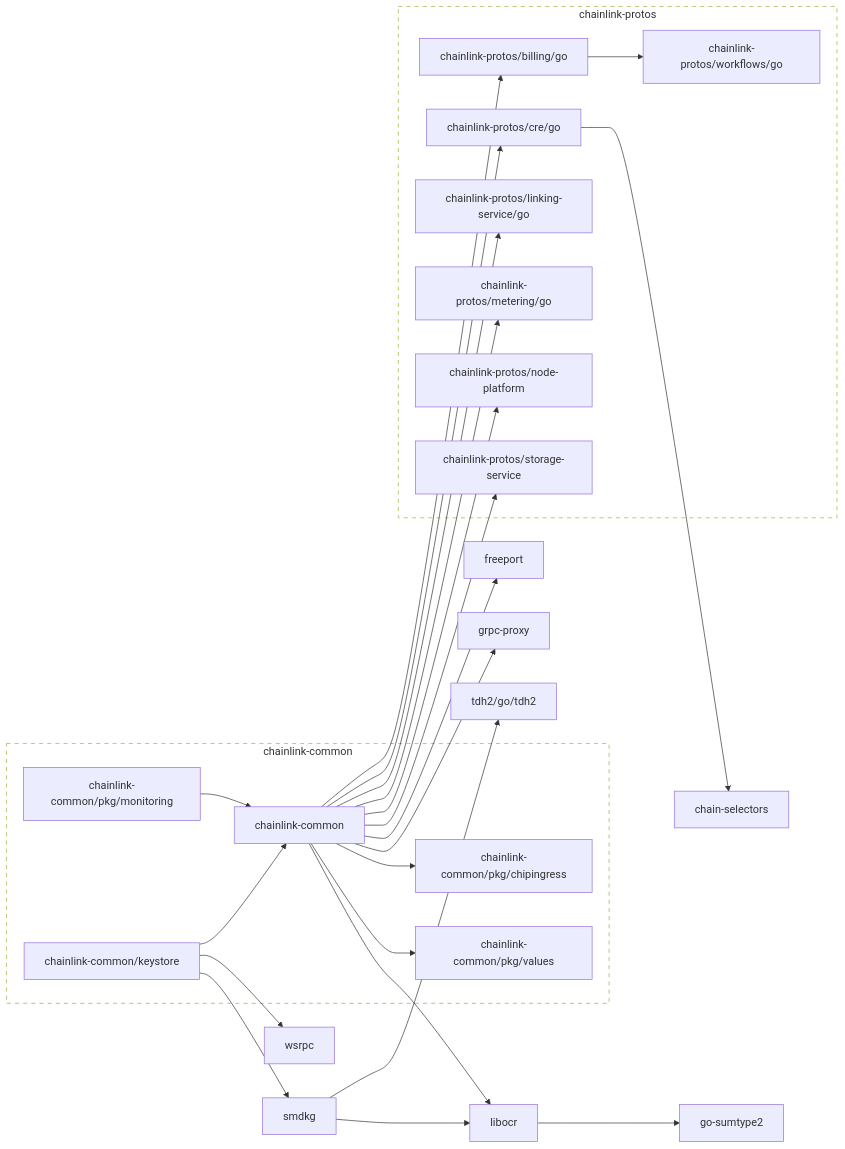
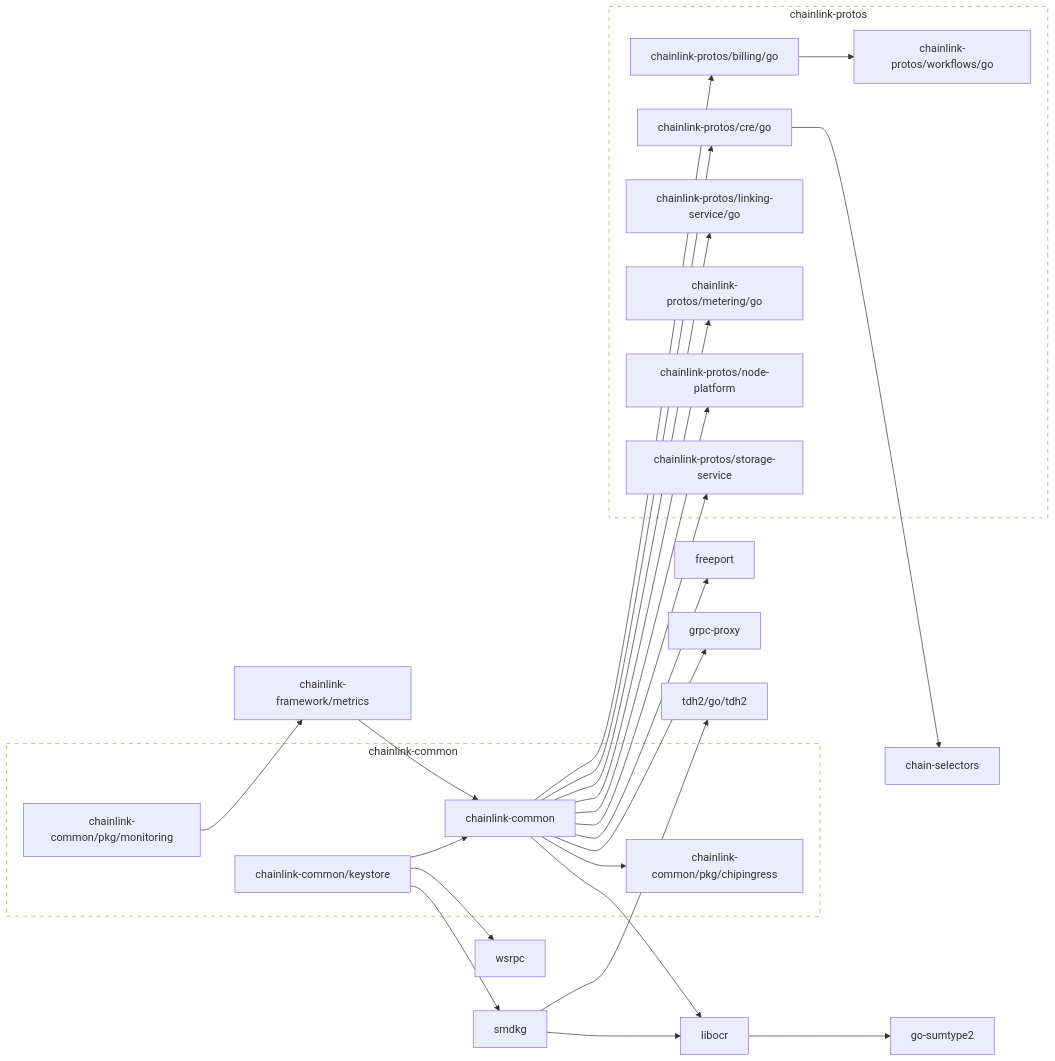
One commit to smartcontractkit/chainlink-common changed the diagram in go.md. Above: the diagram before and after it, drawn with Mermaid. The commit also changed 3 other files, not shown here.

````diff
--- a/go.md
+++ b/go.md
@@ -2,80 +2,78 @@
 ```mermaid
 flowchart LR
 
 	chain-selectors
 	click chain-selectors href "https://github.com/smartcontractkit/chain-selectors"
 	chainlink-common --> chainlink-common/pkg/chipingress
-	chainlink-common --> chainlink-common/pkg/values
 	chainlink-common --> chainlink-protos/billing/go
 	chainlink-common --> chainlink-protos/cre/go
 	chainlink-common --> chainlink-protos/linking-service/go
 	chainlink-common --> chainlink-protos/metering/go
 	chainlink-common --> chainlink-protos/node-platform
 	chainlink-common --> chainlink-protos/storage-service
 	chainlink-common --> freeport
 	chainlink-common --> grpc-proxy
 	chainlink-common --> libocr
 	click chainlink-common href "https://github.com/smartcontractkit/chainlink-common"
 	chainlink-common/keystore --> chainlink-common
 	chainlink-common/keystore --> smdkg
 	chainlink-common/keystore --> wsrpc
 	click chainlink-common/keystore href "https://github.com/smartcontractkit/chainlink-common"
 	chainlink-common/pkg/chipingress
 	click chainlink-common/pkg/chipingress href "https://github.com/smartcontractkit/chainlink-common"
-	chainlink-common/pkg/monitoring --> chainlink-common
+	chainlink-common/pkg/monitoring --> chainlink-framework/metrics
 	click chainlink-common/pkg/monitoring href "https://github.com/smartcontractkit/chainlink-common"
-	chainlink-common/pkg/values
-	click chainlink-common/pkg/values href "https://github.com/smartcontractkit/chainlink-common"
+	chainlink-framework/metrics --> chainlink-common
+	click chainlink-framework/metrics href "https://github.com/smartcontractkit/chainlink-framework"
 	chainlink-protos/billing/go --> chainlink-protos/workflows/go
 	click chainlink-protos/billing/go href "https://github.com/smartcontractkit/chainlink-protos"
 	chainlink-protos/cre/go --> chain-selectors
 	click chainlink-protos/cre/go href "https://github.com/smartcontractkit/chainlink-protos"
 	chainlink-protos/linking-service/go
 	click chainlink-protos/linking-service/go href "https://github.com/smartcontractkit/chainlink-protos"
 	chainlink-protos/metering/go
 	click chainlink-protos/metering/go href "https://github.com/smartcontractkit/chainlink-protos"
 	chainlink-protos/node-platform
 	click chainlink-protos/node-platform href "https://github.com/smartcontractkit/chainlink-protos"
 	chainlink-protos/storage-service
 	click chainlink-protos/storage-service href "https://github.com/smartcontractkit/chainlink-protos"
 	chainlink-protos/workflows/go
 	click chainlink-protos/workflows/go href "https://github.com/smartcontractkit/chainlink-protos"
 	freeport
 	click freeport href "https://github.com/smartcontractkit/freeport"
 	go-sumtype2
 	click go-sumtype2 href "https://github.com/smartcontractkit/go-sumtype2"
 	grpc-proxy
 	click grpc-proxy href "https://github.com/smartcontractkit/grpc-proxy"
 	libocr --> go-sumtype2
 	click libocr href "https://github.com/smartcontractkit/libocr"
 	smdkg --> libocr
 	smdkg --> tdh2/go/tdh2
 	click smdkg href "https://github.com/smartcontractkit/smdkg"
 	tdh2/go/tdh2
 	click tdh2/go/tdh2 href "https://github.com/smartcontractkit/tdh2"
 	wsrpc
 	click wsrpc href "https://github.com/smartcontractkit/wsrpc"
 
 	subgraph chainlink-common-repo[chainlink-common]
 		 chainlink-common
 		 chainlink-common/keystore
 		 chainlink-common/pkg/chipingress
 		 chainlink-common/pkg/monitoring
-		 chainlink-common/pkg/values
 	end
 	click chainlink-common-repo href "https://github.com/smartcontractkit/chainlink-common"
 
 	subgraph chainlink-protos-repo[chainlink-protos]
 		 chainlink-protos/billing/go
 		 chainlink-protos/cre/go
 		 chainlink-protos/linking-service/go
 		 chainlink-protos/metering/go
 		 chainlink-protos/node-platform
 		 chainlink-protos/storage-service
 		 chainlink-protos/workflows/go
 	end
 	click chainlink-protos-repo href "https://github.com/smartcontractkit/chainlink-protos"
 
 	classDef outline stroke-dasharray:6,fill:none;
 	class chainlink-common-repo,chainlink-protos-repo outline
 ```
````
